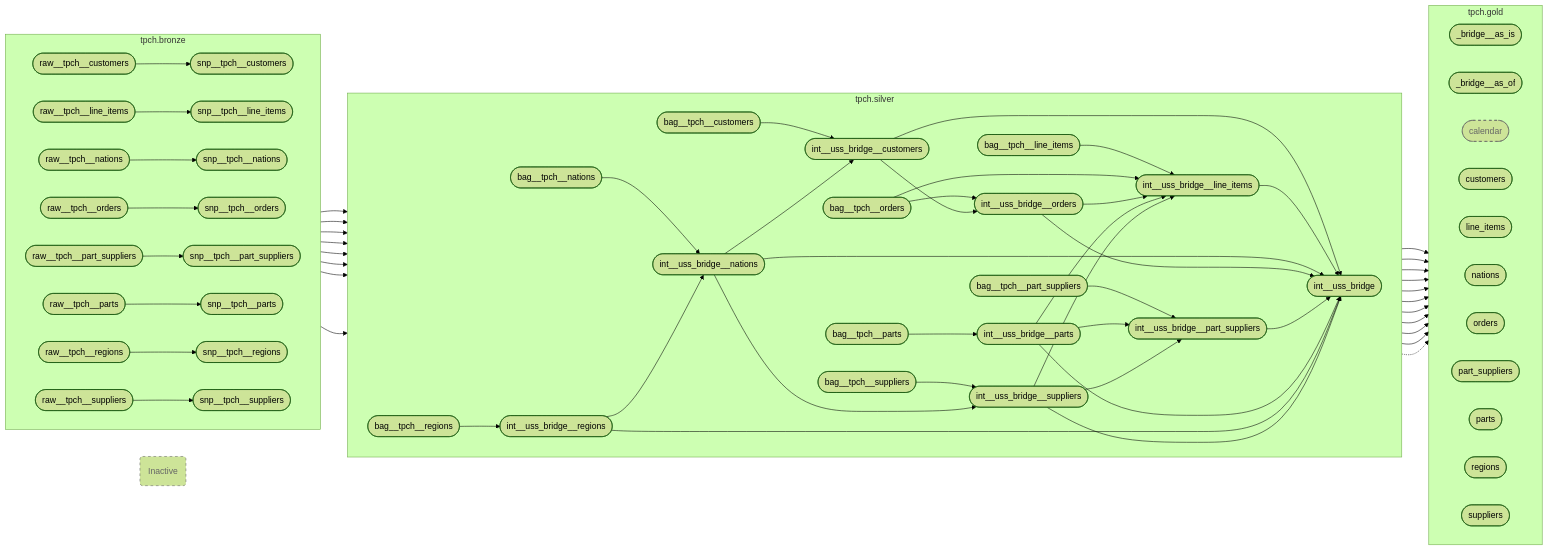
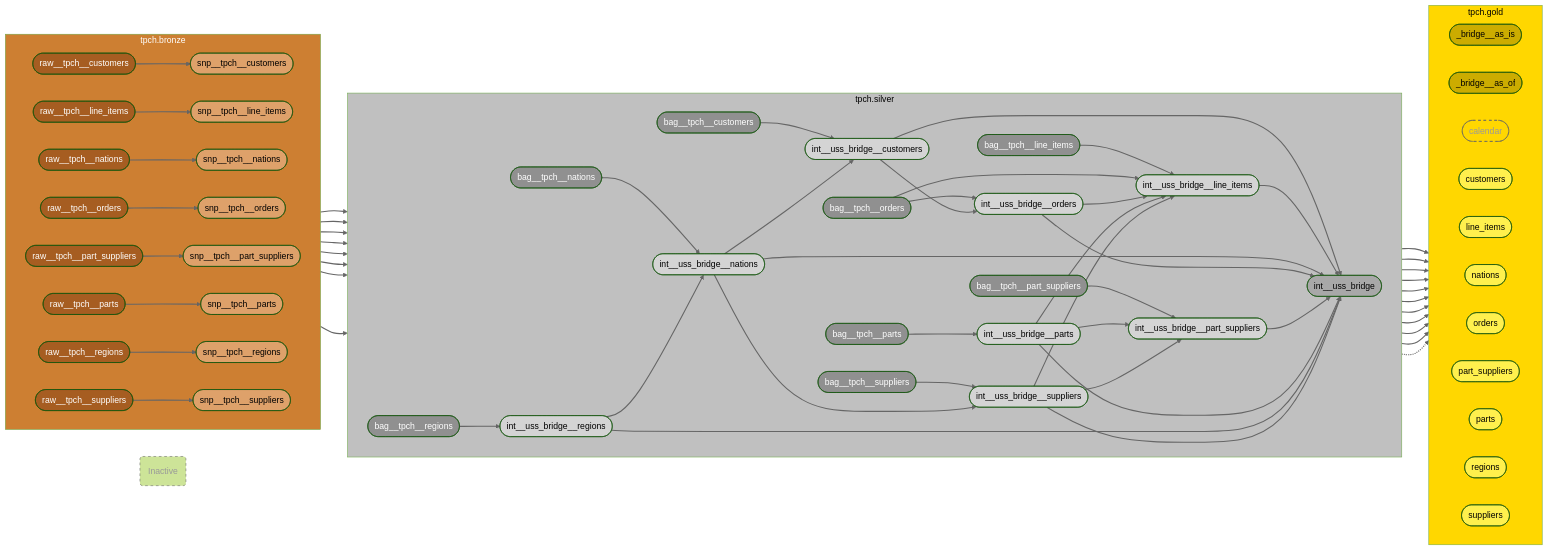
The diagram in dag.mmd (mattiasthalen/tpch), drawn with Mermaid (forest theme) before and after one commit. The commit also changed 1 other file, not shown here.

```diff
--- a/dag.mmd
+++ b/dag.mmd
@@ -1,123 +1,144 @@
 flowchart LR
     subgraph tpch.bronze["tpch.bronze"]
         direction LR
-        raw__tpch__customers(["raw__tpch__customers"])
-        raw__tpch__line_items(["raw__tpch__line_items"])
-        raw__tpch__nations(["raw__tpch__nations"])
-        raw__tpch__orders(["raw__tpch__orders"])
-        raw__tpch__part_suppliers(["raw__tpch__part_suppliers"])
-        raw__tpch__parts(["raw__tpch__parts"])
-        raw__tpch__regions(["raw__tpch__regions"])
-        raw__tpch__suppliers(["raw__tpch__suppliers"])
-        snp__tpch__customers(["snp__tpch__customers"])
-        snp__tpch__line_items(["snp__tpch__line_items"])
-        snp__tpch__nations(["snp__tpch__nations"])
-        snp__tpch__orders(["snp__tpch__orders"])
-        snp__tpch__part_suppliers(["snp__tpch__part_suppliers"])
-        snp__tpch__parts(["snp__tpch__parts"])
-        snp__tpch__regions(["snp__tpch__regions"])
-        snp__tpch__suppliers(["snp__tpch__suppliers"])
+        raw__tpch__customers(["raw__tpch__customers"]):::bronze_2
+        raw__tpch__line_items(["raw__tpch__line_items"]):::bronze_2
+        raw__tpch__nations(["raw__tpch__nations"]):::bronze_2
+        raw__tpch__orders(["raw__tpch__orders"]):::bronze_2
+        raw__tpch__part_suppliers(["raw__tpch__part_suppliers"]):::bronze_2
+        raw__tpch__parts(["raw__tpch__parts"]):::bronze_2
+        raw__tpch__regions(["raw__tpch__regions"]):::bronze_2
+        raw__tpch__suppliers(["raw__tpch__suppliers"]):::bronze_2
+
+        snp__tpch__customers(["snp__tpch__customers"]):::bronze_1
+        snp__tpch__line_items(["snp__tpch__line_items"]):::bronze_1
+        snp__tpch__nations(["snp__tpch__nations"]):::bronze_1
+        snp__tpch__orders(["snp__tpch__orders"]):::bronze_1
+        snp__tpch__part_suppliers(["snp__tpch__part_suppliers"]):::bronze_1
+        snp__tpch__parts(["snp__tpch__parts"]):::bronze_1
+        snp__tpch__regions(["snp__tpch__regions"]):::bronze_1
+        snp__tpch__suppliers(["snp__tpch__suppliers"]):::bronze_1
     end
 
     subgraph tpch.silver["tpch.silver"]
         direction LR
-        bag__tpch__customers(["bag__tpch__customers"])
-        bag__tpch__line_items(["bag__tpch__line_items"])
-        bag__tpch__nations(["bag__tpch__nations"])
-        bag__tpch__orders(["bag__tpch__orders"])
-        bag__tpch__part_suppliers(["bag__tpch__part_suppliers"])
-        bag__tpch__parts(["bag__tpch__parts"])
-        bag__tpch__regions(["bag__tpch__regions"])
-        bag__tpch__suppliers(["bag__tpch__suppliers"])
-        int__uss_bridge(["int__uss_bridge"])
-        int__uss_bridge__customers(["int__uss_bridge__customers"])
-        int__uss_bridge__line_items(["int__uss_bridge__line_items"])
-        int__uss_bridge__nations(["int__uss_bridge__nations"])
-        int__uss_bridge__orders(["int__uss_bridge__orders"])
-        int__uss_bridge__part_suppliers(["int__uss_bridge__part_suppliers"])
-        int__uss_bridge__parts(["int__uss_bridge__parts"])
-        int__uss_bridge__regions(["int__uss_bridge__regions"])
-        int__uss_bridge__suppliers(["int__uss_bridge__suppliers"])
+        bag__tpch__customers(["bag__tpch__customers"]):::silver_4
+        bag__tpch__line_items(["bag__tpch__line_items"]):::silver_4
+        bag__tpch__nations(["bag__tpch__nations"]):::silver_4
+        bag__tpch__orders(["bag__tpch__orders"]):::silver_4
+        bag__tpch__part_suppliers(["bag__tpch__part_suppliers"]):::silver_4
+        bag__tpch__parts(["bag__tpch__parts"]):::silver_4
+        bag__tpch__regions(["bag__tpch__regions"]):::silver_4
+        bag__tpch__suppliers(["bag__tpch__suppliers"]):::silver_4
+        int__uss_bridge(["int__uss_bridge"]):::silver_3
+        int__uss_bridge__customers(["int__uss_bridge__customers"]):::silver_2
+        int__uss_bridge__line_items(["int__uss_bridge__line_items"]):::silver_2
+        int__uss_bridge__nations(["int__uss_bridge__nations"]):::silver_2
+        int__uss_bridge__orders(["int__uss_bridge__orders"]):::silver_2
+        int__uss_bridge__part_suppliers(["int__uss_bridge__part_suppliers"]):::silver_2
+        int__uss_bridge__parts(["int__uss_bridge__parts"]):::silver_2
+        int__uss_bridge__regions(["int__uss_bridge__regions"]):::silver_2
+        int__uss_bridge__suppliers(["int__uss_bridge__suppliers"]):::silver_2
     end
 
     subgraph tpch.gold["tpch.gold"]
         direction LR
-        _bridge__as_is(["_bridge__as_is"])
-        _bridge__as_of(["_bridge__as_of"])
-        calendar(["calendar"])
-        customers(["customers"])
-        line_items(["line_items"])
-        nations(["nations"])
-        orders(["orders"])
-        part_suppliers(["part_suppliers"])
-        parts(["parts"])
-        regions(["regions"])
-        suppliers(["suppliers"])
+        _bridge__as_is(["_bridge__as_is"]):::gold_3
+        _bridge__as_of(["_bridge__as_of"]):::gold_3
+        calendar(["calendar"]):::gold_2
+        customers(["customers"]):::gold_1
+        line_items(["line_items"]):::gold_1
+        nations(["nations"]):::gold_1
+        orders(["orders"]):::gold_1
+        part_suppliers(["part_suppliers"]):::gold_1
+        parts(["parts"]):::gold_1
+        regions(["regions"]):::gold_1
+        suppliers(["suppliers"]):::gold_1
     end
 
     %% tpch.bronze -> tpch.bronze
     raw__tpch__customers --> snp__tpch__customers
     raw__tpch__line_items --> snp__tpch__line_items
     raw__tpch__nations --> snp__tpch__nations
     raw__tpch__orders --> snp__tpch__orders
     raw__tpch__part_suppliers --> snp__tpch__part_suppliers
     raw__tpch__parts --> snp__tpch__parts
     raw__tpch__regions --> snp__tpch__regions
     raw__tpch__suppliers --> snp__tpch__suppliers
 
     %% tpch.bronze -> tpch.silver
     snp__tpch__customers --> bag__tpch__customers
     snp__tpch__line_items --> bag__tpch__line_items
     snp__tpch__nations --> bag__tpch__nations
     snp__tpch__orders --> bag__tpch__orders
     snp__tpch__part_suppliers --> bag__tpch__part_suppliers
     snp__tpch__parts --> bag__tpch__parts
     snp__tpch__regions --> bag__tpch__regions
     snp__tpch__suppliers --> bag__tpch__suppliers
 
     %% tpch.silver -> tpch.silver
     bag__tpch__customers --> int__uss_bridge__customers
     bag__tpch__line_items --> int__uss_bridge__line_items
     bag__tpch__nations --> int__uss_bridge__nations
     bag__tpch__orders --> int__uss_bridge__line_items
     bag__tpch__orders --> int__uss_bridge__orders
     bag__tpch__part_suppliers --> int__uss_bridge__part_suppliers
     bag__tpch__parts --> int__uss_bridge__parts
     bag__tpch__regions --> int__uss_bridge__regions
     bag__tpch__suppliers --> int__uss_bridge__suppliers
     int__uss_bridge__customers --> int__uss_bridge
     int__uss_bridge__customers --> int__uss_bridge__orders
     int__uss_bridge__line_items --> int__uss_bridge
     int__uss_bridge__nations --> int__uss_bridge
     int__uss_bridge__nations --> int__uss_bridge__customers
     int__uss_bridge__nations --> int__uss_bridge__suppliers
     int__uss_bridge__orders --> int__uss_bridge
     int__uss_bridge__orders --> int__uss_bridge__line_items
     int__uss_bridge__part_suppliers --> int__uss_bridge
     int__uss_bridge__parts --> int__uss_bridge
     int__uss_bridge__parts --> int__uss_bridge__line_items
     int__uss_bridge__parts --> int__uss_bridge__part_suppliers
     int__uss_bridge__regions --> int__uss_bridge
     int__uss_bridge__regions --> int__uss_bridge__nations
     int__uss_bridge__suppliers --> int__uss_bridge
     int__uss_bridge__suppliers --> int__uss_bridge__line_items
     int__uss_bridge__suppliers --> int__uss_bridge__part_suppliers
 
     %% tpch.silver -> tpch.gold
     bag__tpch__customers --> customers
     bag__tpch__line_items --> line_items
     bag__tpch__nations --> nations
     bag__tpch__orders --> orders
     bag__tpch__part_suppliers --> part_suppliers
     bag__tpch__parts --> parts
     bag__tpch__regions --> regions
     bag__tpch__suppliers --> suppliers
     int__uss_bridge --> _bridge__as_is
     int__uss_bridge --> _bridge__as_of
     int__uss_bridge -.-> calendar
 
     inactive("Inactive")
 
-    classDef disabled fill:#gray,stroke:#666,stroke-dasharray: 5 5,color:#666
-    class calendar disabled
-    class inactive disabled
+    linkStyle default stroke:#666,stroke-width:2px
+    classDef inactive stroke:#666,stroke-dasharray: 5 5,color:#999
+    
+    classDef bronze_0 fill:#cd7f32,color:white
+    classDef bronze_1 fill:#dea16a,color:black
+    classDef bronze_2 fill:#a65d21,color:white
+
+    classDef silver_0 fill:#c0c0c0,color:black
+    classDef silver_1 fill:#e8e8e8,color:black
+    classDef silver_2 fill:#d4d4d4,color:black
+    classDef silver_3 fill:#a8a8a8,color:black
+    classDef silver_4 fill:#909090,color:white
+
+    classDef gold_0 fill:#ffd700,color:black
+    classDef gold_1 fill:#fff04d,color:black
+    classDef gold_2 fill:#ffd700,color:black
+    classDef gold_3 fill:#ccac00,color:black
+
+    class tpch.bronze bronze_0
+    class tpch.silver silver_0
+    class tpch.gold gold_0
+    class calendar inactive
+    class inactive inactive
```
